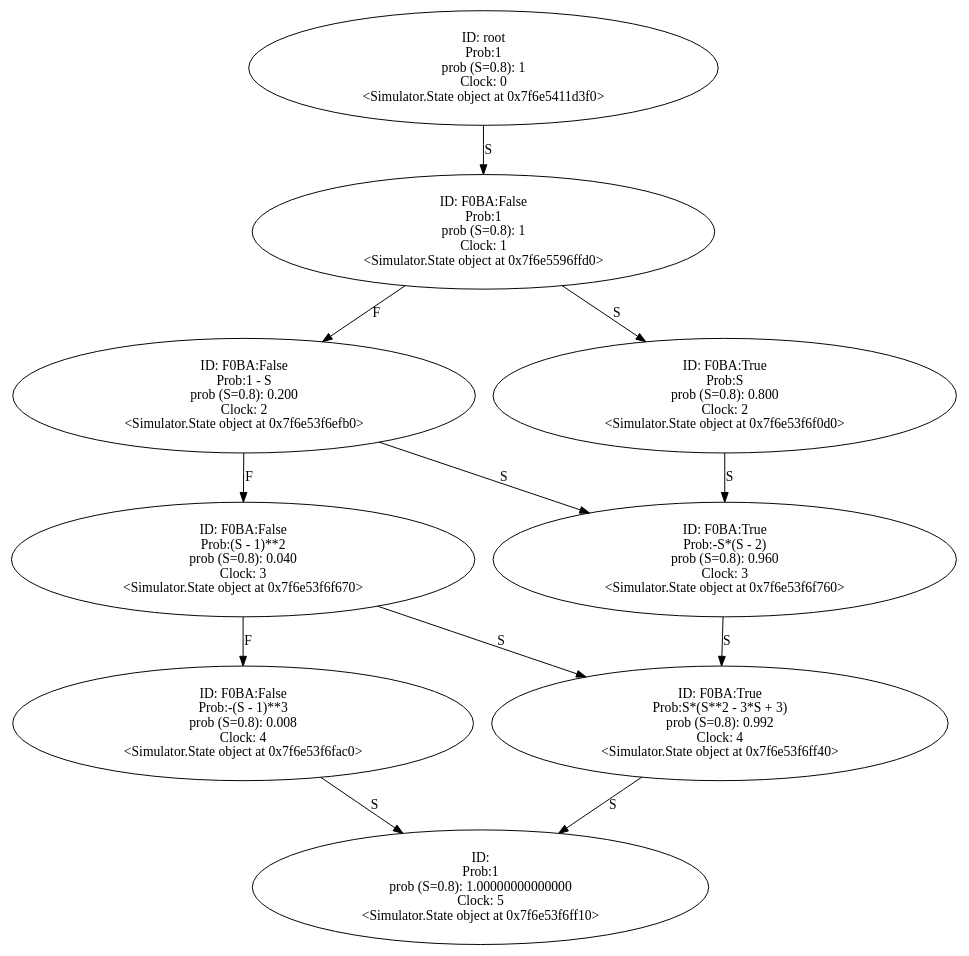
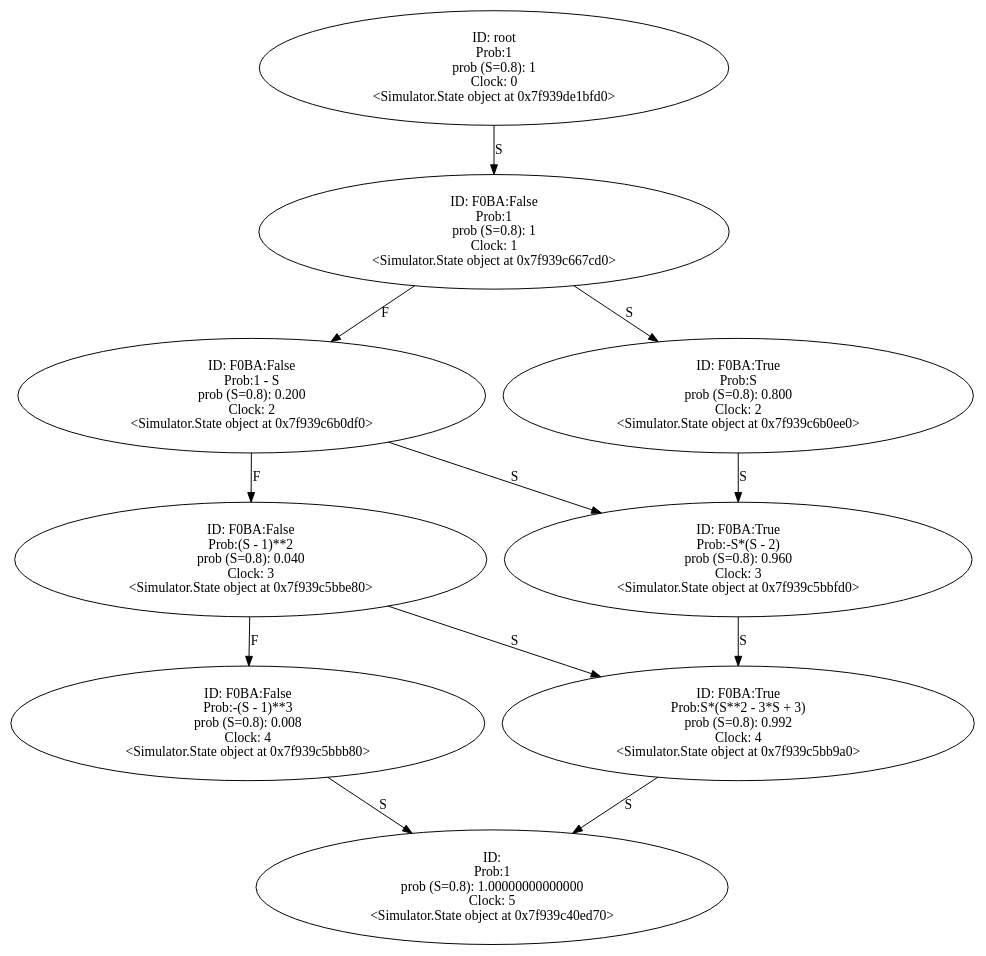
Before and after one commit to YasinBoloorchi/WARP-Simulator: the diagram in Output/two_pulls.wrp.gv, drawn with Graphviz. The commit also changed 16 other files, not shown here.

```diff
--- a/Output/two_pulls.wrp.gv
+++ b/Output/two_pulls.wrp.gv
@@ -1,58 +1,58 @@
 digraph "./Output/two_pulls.wrp" {
-	<Simulator.State object at 0x7f6e5411d3f0> [label="ID: root
+	<Simulator.State object at 0x7f939de1bfd0> [label="ID: root
 Prob:1
 prob (S=0.8): 1
 Clock: 0
-<Simulator.State object at 0x7f6e5411d3f0>"]
-	<Simulator.State object at 0x7f6e5411d3f0> -> <Simulator.State object at 0x7f6e5596ffd0> [label=S]
-	<Simulator.State object at 0x7f6e5596ffd0> [label="ID: F0BA:False
+<Simulator.State object at 0x7f939de1bfd0>"]
+	<Simulator.State object at 0x7f939de1bfd0> -> <Simulator.State object at 0x7f939c667cd0> [label=S]
+	<Simulator.State object at 0x7f939c667cd0> [label="ID: F0BA:False
 Prob:1
 prob (S=0.8): 1
 Clock: 1
-<Simulator.State object at 0x7f6e5596ffd0>"]
-	<Simulator.State object at 0x7f6e5596ffd0> -> <Simulator.State object at 0x7f6e53f6efb0> [label=F]
-	<Simulator.State object at 0x7f6e5596ffd0> -> <Simulator.State object at 0x7f6e53f6f0d0> [label=S]
-	<Simulator.State object at 0x7f6e53f6efb0> [label="ID: F0BA:False
+<Simulator.State object at 0x7f939c667cd0>"]
+	<Simulator.State object at 0x7f939c667cd0> -> <Simulator.State object at 0x7f939c6b0df0> [label=F]
+	<Simulator.State object at 0x7f939c667cd0> -> <Simulator.State object at 0x7f939c6b0ee0> [label=S]
+	<Simulator.State object at 0x7f939c6b0df0> [label="ID: F0BA:False
 Prob:1 - S
 prob (S=0.8): 0.200
 Clock: 2
-<Simulator.State object at 0x7f6e53f6efb0>"]
-	<Simulator.State object at 0x7f6e53f6efb0> -> <Simulator.State object at 0x7f6e53f6f670> [label=F]
-	<Simulator.State object at 0x7f6e53f6efb0> -> <Simulator.State object at 0x7f6e53f6f760> [label=S]
-	<Simulator.State object at 0x7f6e53f6f0d0> [label="ID: F0BA:True
+<Simulator.State object at 0x7f939c6b0df0>"]
+	<Simulator.State object at 0x7f939c6b0df0> -> <Simulator.State object at 0x7f939c5bbe80> [label=F]
+	<Simulator.State object at 0x7f939c6b0df0> -> <Simulator.State object at 0x7f939c5bbfd0> [label=S]
+	<Simulator.State object at 0x7f939c6b0ee0> [label="ID: F0BA:True
 Prob:S
 prob (S=0.8): 0.800
 Clock: 2
-<Simulator.State object at 0x7f6e53f6f0d0>"]
-	<Simulator.State object at 0x7f6e53f6f0d0> -> <Simulator.State object at 0x7f6e53f6f760> [label=S]
-	<Simulator.State object at 0x7f6e53f6f670> [label="ID: F0BA:False
+<Simulator.State object at 0x7f939c6b0ee0>"]
+	<Simulator.State object at 0x7f939c6b0ee0> -> <Simulator.State object at 0x7f939c5bbfd0> [label=S]
+	<Simulator.State object at 0x7f939c5bbe80> [label="ID: F0BA:False
 Prob:(S - 1)**2
 prob (S=0.8): 0.040
 Clock: 3
-<Simulator.State object at 0x7f6e53f6f670>"]
-	<Simulator.State object at 0x7f6e53f6f670> -> <Simulator.State object at 0x7f6e53f6fac0> [label=F]
-	<Simulator.State object at 0x7f6e53f6f670> -> <Simulator.State object at 0x7f6e53f6ff40> [label=S]
-	<Simulator.State object at 0x7f6e53f6f760> [label="ID: F0BA:True
+<Simulator.State object at 0x7f939c5bbe80>"]
+	<Simulator.State object at 0x7f939c5bbe80> -> <Simulator.State object at 0x7f939c5bbb80> [label=F]
+	<Simulator.State object at 0x7f939c5bbe80> -> <Simulator.State object at 0x7f939c5bb9a0> [label=S]
+	<Simulator.State object at 0x7f939c5bbfd0> [label="ID: F0BA:True
 Prob:-S*(S - 2)
 prob (S=0.8): 0.960
 Clock: 3
-<Simulator.State object at 0x7f6e53f6f760>"]
-	<Simulator.State object at 0x7f6e53f6f760> -> <Simulator.State object at 0x7f6e53f6ff40> [label=S]
-	<Simulator.State object at 0x7f6e53f6fac0> [label="ID: F0BA:False
+<Simulator.State object at 0x7f939c5bbfd0>"]
+	<Simulator.State object at 0x7f939c5bbfd0> -> <Simulator.State object at 0x7f939c5bb9a0> [label=S]
+	<Simulator.State object at 0x7f939c5bbb80> [label="ID: F0BA:False
 Prob:-(S - 1)**3
 prob (S=0.8): 0.008
 Clock: 4
-<Simulator.State object at 0x7f6e53f6fac0>"]
-	<Simulator.State object at 0x7f6e53f6fac0> -> <Simulator.State object at 0x7f6e53f6ff10> [label=S]
-	<Simulator.State object at 0x7f6e53f6ff40> [label="ID: F0BA:True
+<Simulator.State object at 0x7f939c5bbb80>"]
+	<Simulator.State object at 0x7f939c5bbb80> -> <Simulator.State object at 0x7f939c40ed70> [label=S]
+	<Simulator.State object at 0x7f939c5bb9a0> [label="ID: F0BA:True
 Prob:S*(S**2 - 3*S + 3)
 prob (S=0.8): 0.992
 Clock: 4
-<Simulator.State object at 0x7f6e53f6ff40>"]
-	<Simulator.State object at 0x7f6e53f6ff40> -> <Simulator.State object at 0x7f6e53f6ff10> [label=S]
-	<Simulator.State object at 0x7f6e53f6ff10> [label="ID: 
+<Simulator.State object at 0x7f939c5bb9a0>"]
+	<Simulator.State object at 0x7f939c5bb9a0> -> <Simulator.State object at 0x7f939c40ed70> [label=S]
+	<Simulator.State object at 0x7f939c40ed70> [label="ID: 
 Prob:1
 prob (S=0.8): 1.00000000000000
 Clock: 5
-<Simulator.State object at 0x7f6e53f6ff10>"]
+<Simulator.State object at 0x7f939c40ed70>"]
 }
```
